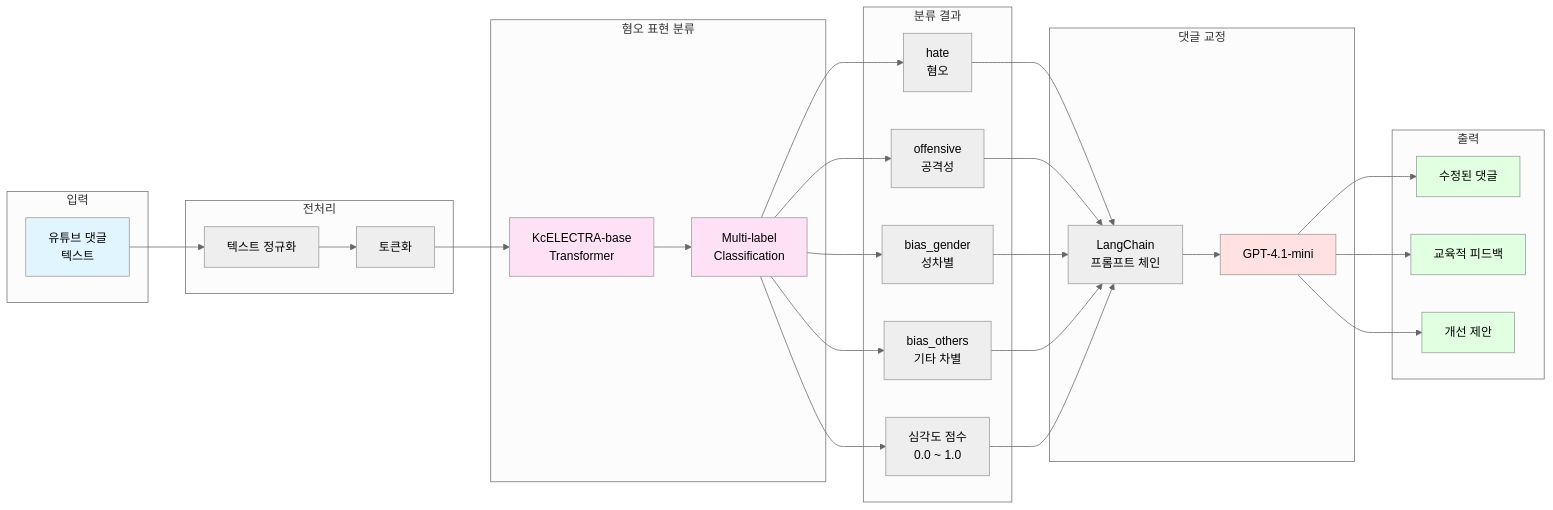
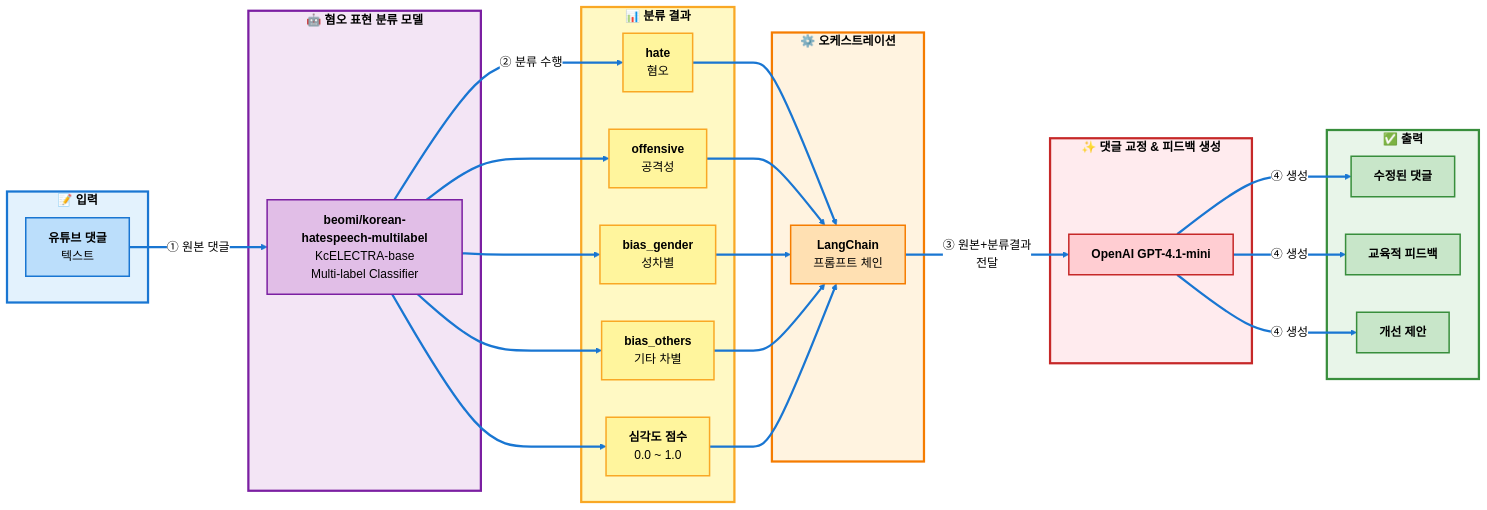
Before and after one commit to Griotold/commento: the third of 3 diagrams in README.md, drawn with Mermaid (neutral theme). The commit also changed other lines of this file, not shown here.

````diff
--- a/README.md
+++ b/README.md
@@ -88,64 +101,77 @@
 ```mermaid
 graph LR
-    subgraph "입력"
-        A[유튜브 댓글<br/>텍스트]
+    subgraph Input["<b>📝 입력</b>"]
+        A["<b>유튜브 댓글</b><br/>텍스트"]
     end
     
-    subgraph "전처리"
-        B[텍스트 정규화]
-        C[토큰화]
+    subgraph Classification["<b>🤖 혐오 표현 분류 모델</b>"]
+        B["<b>beomi/korean-hatespeech-multilabel</b><br/>KcELECTRA-base<br/>Multi-label Classifier"]
     end
     
-    subgraph "혐오 표현 분류"
-        D[KcELECTRA-base<br/>Transformer]
-        E[Multi-label<br/>Classification]
+    subgraph ClassResult["<b>📊 분류 결과</b>"]
+        C1["<b>hate</b><br/>혐오"]
+        C2["<b>offensive</b><br/>공격성"]
+        C3["<b>bias_gender</b><br/>성차별"]
+        C4["<b>bias_others</b><br/>기타 차별"]
+        C5["<b>심각도 점수</b><br/>0.0 ~ 1.0"]
     end
     
-    subgraph "분류 결과"
-        F1[hate<br/>혐오]
-        F2[offensive<br/>공격성]
-        F3[bias_gender<br/>성차별]
-        F4[bias_others<br/>기타 차별]
-        G[심각도 점수<br/>0.0 ~ 1.0]
+    subgraph Orchestra["<b>⚙️ 오케스트레이션</b>"]
+        D["<b>LangChain</b><br/>프롬프트 체인"]
     end
     
-    subgraph "댓글 교정"
-        H[GPT-4.1-mini]
-        I[LangChain<br/>프롬프트 체인]
+    subgraph Correction["<b>✨ 댓글 교정 & 피드백 생성</b>"]
+        E["<b>OpenAI GPT-4.1-mini</b>"]
     end
     
-    subgraph "출력"
-        J[수정된 댓글]
-        K[교육적 피드백]
-        L[개선 제안]
+    subgraph Output["<b>✅ 출력</b>"]
+        F1["<b>수정된 댓글</b>"]
+        F2["<b>교육적 피드백</b>"]
+        F3["<b>개선 제안</b>"]
     end
     
-    A --> B
-    B --> C
-    C --> D
-    D --> E
-    E --> F1
-    E --> F2
-    E --> F3
-    E --> F4
-    E --> G
+    A -->|"① 원본 댓글"| B
+    B -->|"② 분류 수행"| C1
+    B --> C2
+    B --> C3
+    B --> C4
+    B --> C5
     
-    F1 --> I
-    F2 --> I
-    F3 --> I
-    F4 --> I
-    G --> I
+    C1 --> D
+    C2 --> D
+    C3 --> D
+    C4 --> D
+    C5 --> D
     
-    I --> H
-    H --> J
-    H --> K
-    H --> L
+    D -->|"③ 원본+분류결과<br/>전달"| E
+    E -->|"④ 생성"| F1
+    E -->|"④ 생성"| F2
+    E -->|"④ 생성"| F3
     
-    style A fill:#e1f5ff
-    style D fill:#ffe1f5
-    style E fill:#ffe1f5
-    style H fill:#ffe1e1
-    style J fill:#e1ffe1
-    style K fill:#e1ffe1
-    style L fill:#e1ffe1
+    style Input fill:#e3f2fd,stroke:#1976d2,stroke-width:3px,color:#000
+    style A fill:#bbdefb,stroke:#1976d2,stroke-width:2px,color:#000
+    
+    style Classification fill:#f3e5f5,stroke:#7b1fa2,stroke-width:3px,color:#000
+    style B fill:#e1bee7,stroke:#7b1fa2,stroke-width:2px,color:#000
+    
+    style ClassResult fill:#fff9c4,stroke:#f9a825,stroke-width:3px,color:#000
+    style C1 fill:#fff59d,stroke:#f9a825,stroke-width:2px,color:#000
+    style C2 fill:#fff59d,stroke:#f9a825,stroke-width:2px,color:#000
+    style C3 fill:#fff59d,stroke:#f9a825,stroke-width:2px,color:#000
+    style C4 fill:#fff59d,stroke:#f9a825,stroke-width:2px,color:#000
+    style C5 fill:#fff59d,stroke:#f9a825,stroke-width:2px,color:#000
+    
+    style Orchestra fill:#fff3e0,stroke:#f57c00,stroke-width:3px,color:#000
+    style D fill:#ffe0b2,stroke:#f57c00,stroke-width:2px,color:#000
+    
+    style Correction fill:#ffebee,stroke:#c62828,stroke-width:3px,color:#000
+    style E fill:#ffcdd2,stroke:#c62828,stroke-width:2px,color:#000
+    
+    style Output fill:#e8f5e9,stroke:#388e3c,stroke-width:3px,color:#000
+    style F1 fill:#c8e6c9,stroke:#388e3c,stroke-width:2px,color:#000
+    style F2 fill:#c8e6c9,stroke:#388e3c,stroke-width:2px,color:#000
+    style F3 fill:#c8e6c9,stroke:#388e3c,stroke-width:2px,color:#000
+    
+    %% 화살표 스타일 - 파랑색
+    linkStyle default stroke:#1976d2,stroke-width:3px
 ```
````
